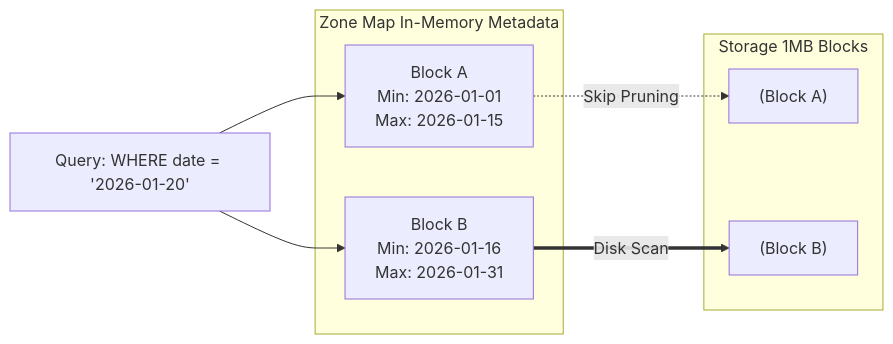
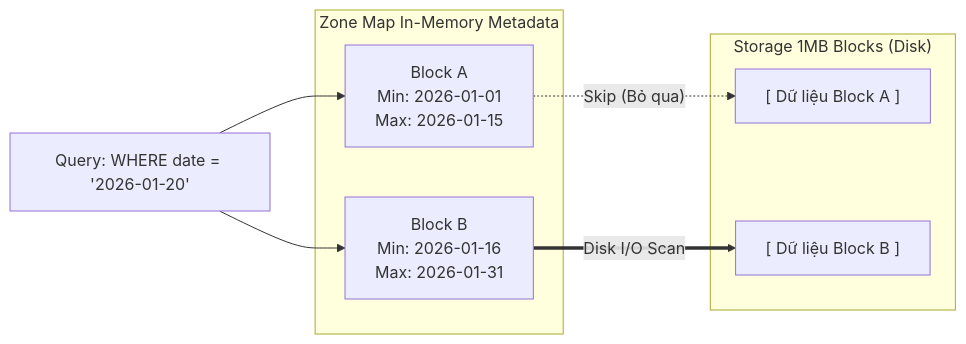
The second of 2 diagrams in src/content/docs/concepts/3-storage-engines-formats/amazon-redshift.md (kythuatdulieu/kythuatdulieu.github.io), drawn with Mermaid before and after one commit. The commit also changed other lines of this file and 228 other files, not shown here.

Commit message:
Fix syntax and rewrite 200+ concepts docs to deep-dive system architecture and add GA4 tracking to quiz app

````diff
--- a/src/content/docs/concepts/3-storage-engines-formats/amazon-redshift.md
+++ b/src/content/docs/concepts/3-storage-engines-formats/amazon-redshift.md
@@ -58,18 +60,18 @@
 ```mermaid
 graph LR
-    subgraph Zone Map In-Memory Metadata
+    subgraph Zone_Map_In_Memory["Zone Map In-Memory Metadata"]
         ZM1["Block A<br>Min: 2026-01-01<br>Max: 2026-01-15"]
         ZM2["Block B<br>Min: 2026-01-16<br>Max: 2026-01-31"]
     end
     
-    subgraph Storage 1MB Blocks
-        B1["(Block A)"]
-        B2["(Block B)"]
+    subgraph Storage_1MB["Storage 1MB Blocks (Disk)"]
+        B1["[ Dữ liệu Block A ]"]
+        B2["[ Dữ liệu Block B ]"]
     end
     
     Query["Query: WHERE date = '2026-01-20'"] --> ZM1
     Query --> ZM2
     
-    ZM1 -.-> |Skip Pruning| B1
-    ZM2 ==> |Disk Scan| B2
+    ZM1 -.-> |"Skip (Bỏ qua)"| B1
+    ZM2 ==> |Disk I/O Scan| B2
 ```
````
